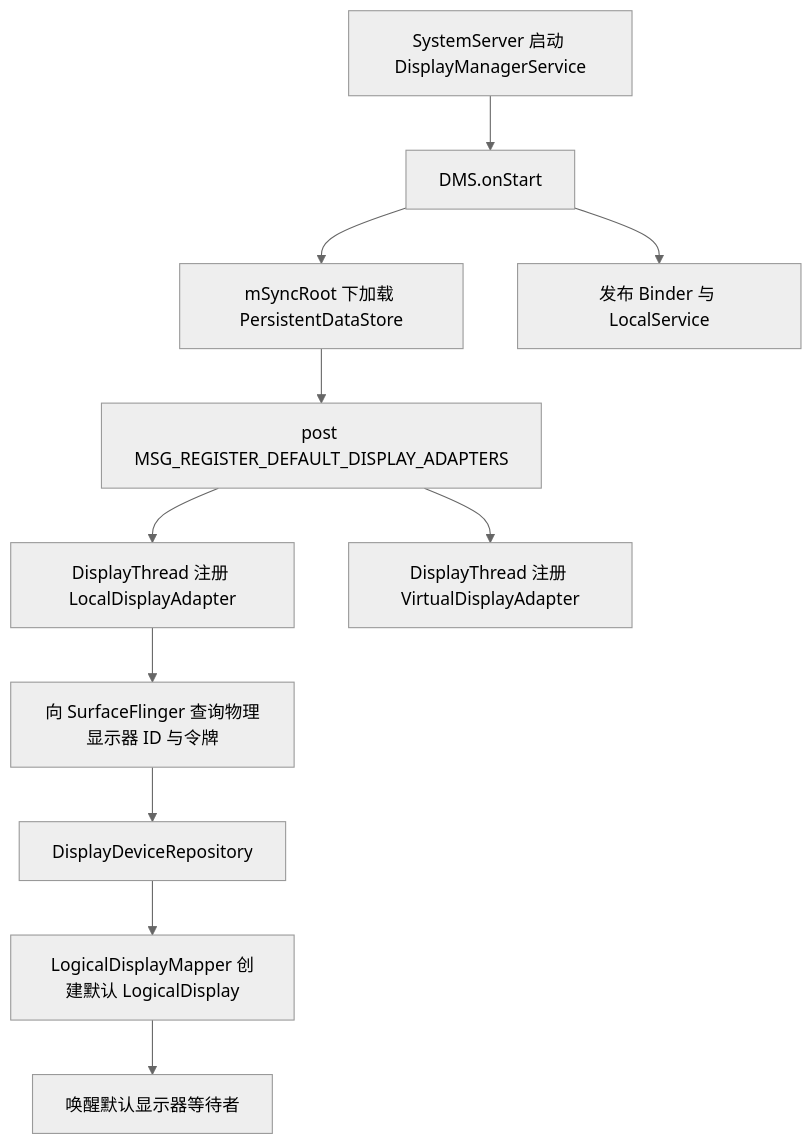
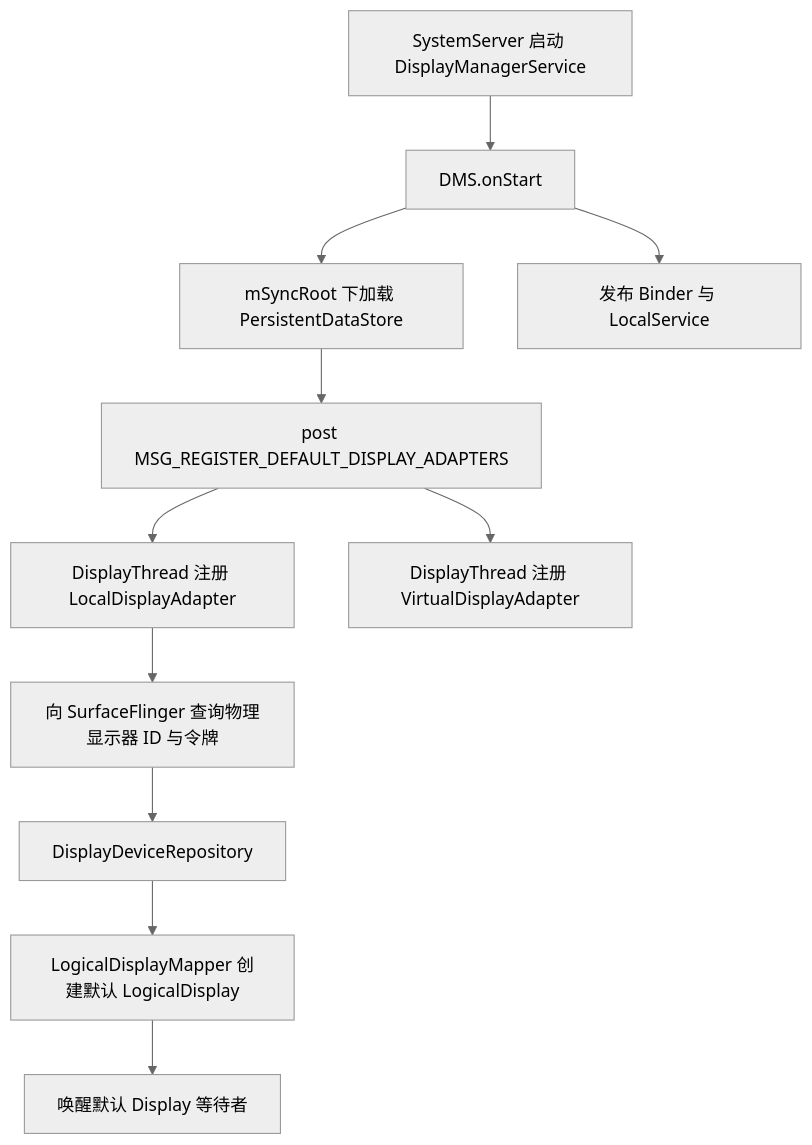
One commit to Gracker/android-internals-wiki changed the first of 3 diagrams in src/part1-fundamentals/ch02-rendering/30-displaymanager-service-lifecycle.md. Above: the diagram before and after it, drawn with Mermaid (neutral theme). The commit also changed other lines of this file and 4 other files, not shown here.

````diff
--- a/src/part1-fundamentals/ch02-rendering/30-displaymanager-service-lifecycle.md
+++ b/src/part1-fundamentals/ch02-rendering/30-displaymanager-service-lifecycle.md
@@ -86,13 +86,13 @@
 ```mermaid
 flowchart TD
     A["SystemServer 启动 DisplayManagerService"] --> B["DMS.onStart"]
     B --> C["mSyncRoot 下加载 PersistentDataStore"]
     C --> D["post MSG_REGISTER_DEFAULT_DISPLAY_ADAPTERS"]
     B --> E["发布 Binder 与 LocalService"]
     D --> F["DisplayThread 注册 LocalDisplayAdapter"]
     D --> G["DisplayThread 注册 VirtualDisplayAdapter"]
     F --> H["向 SurfaceFlinger 查询物理显示器 ID 与令牌"]
     H --> I["DisplayDeviceRepository"]
     I --> J["LogicalDisplayMapper 创建默认 LogicalDisplay"]
-    J --> K["唤醒默认显示器等待者"]
+    J --> K["唤醒默认 Display 等待者"]
 ```
````
